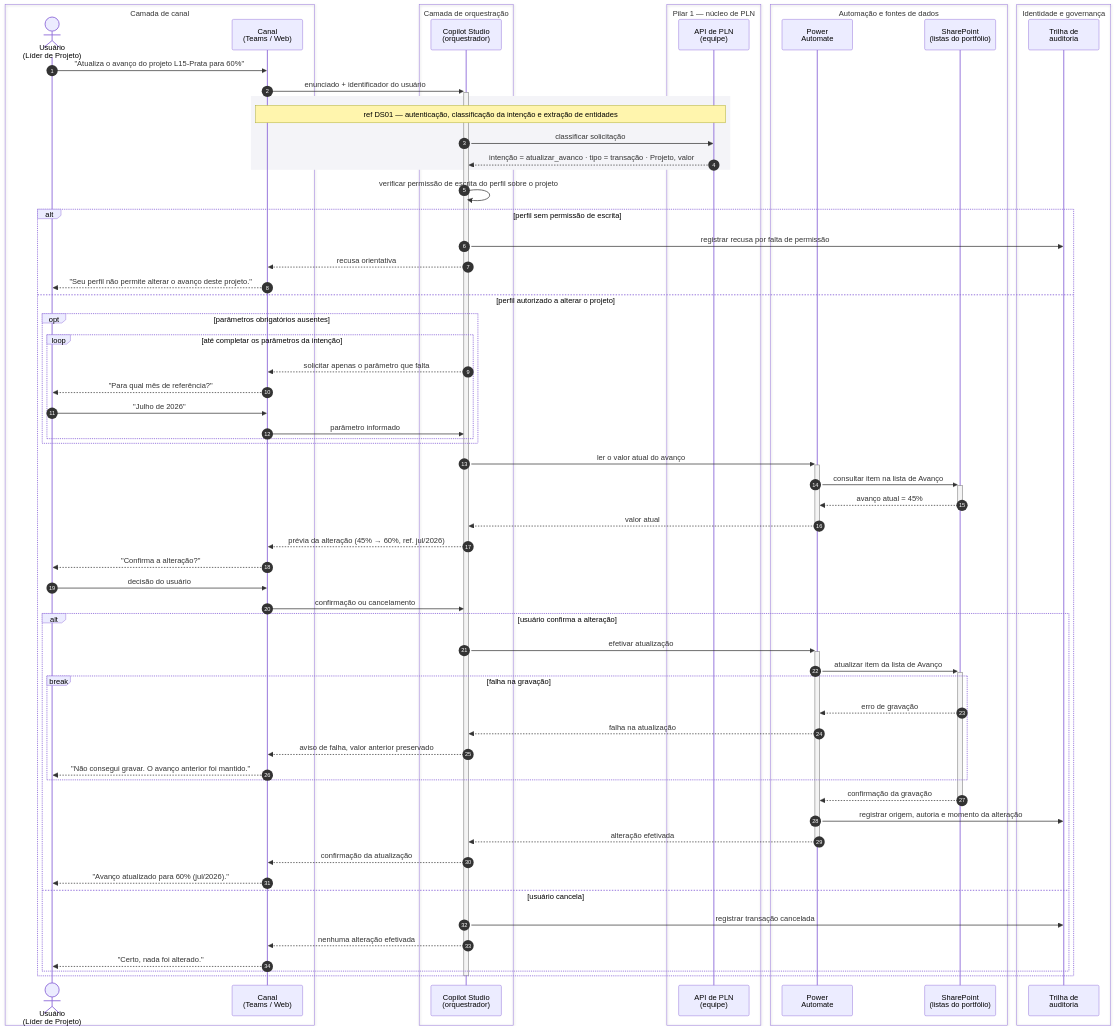
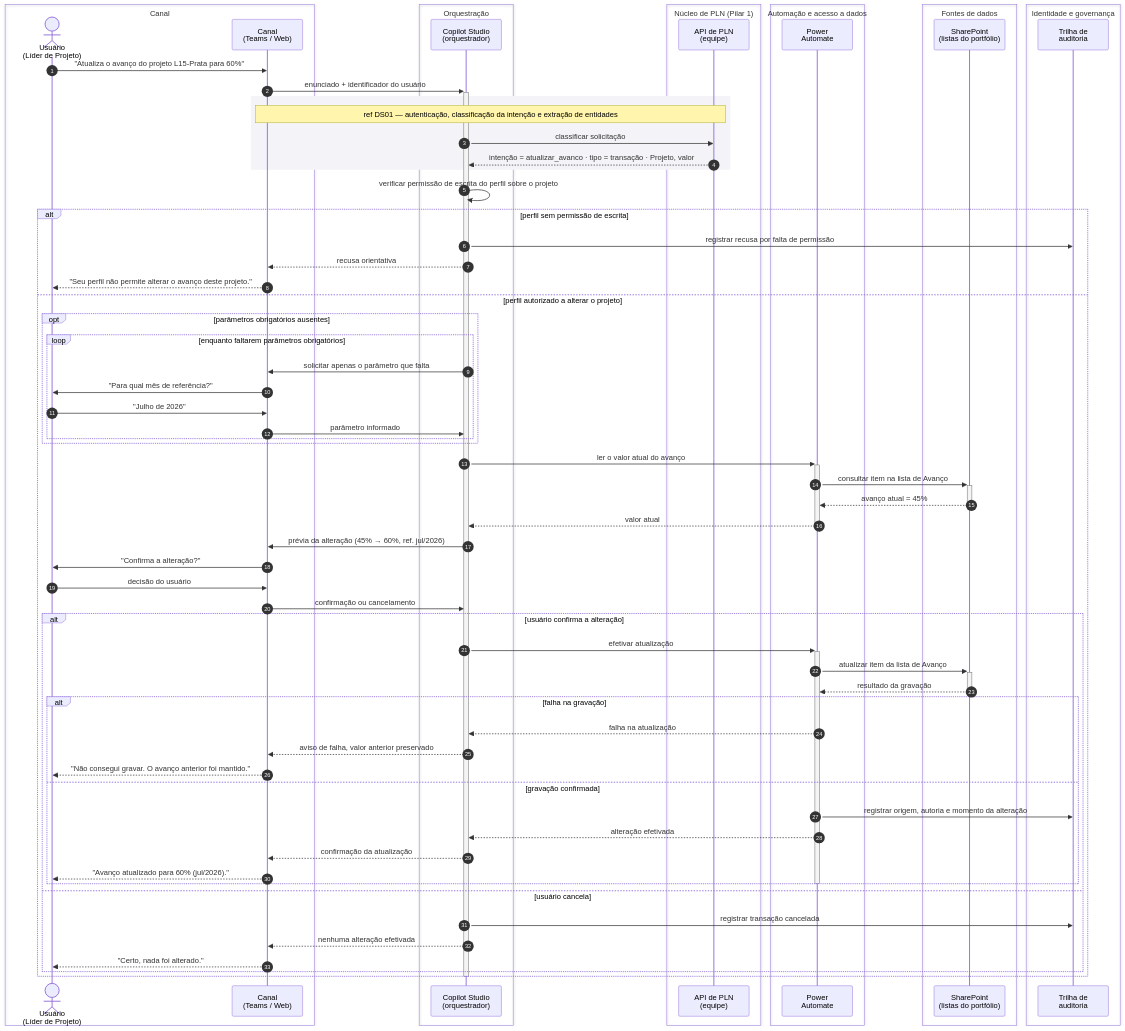
One commit to Kdu07/agente-ia-portfolio-metro changed the fourth of 6 diagrams in documentos/Projeto.md. Above: the diagram before and after it, drawn with Mermaid. The commit also changed other lines of this file, not shown here.

Commit message:
docs: revisar diagramas de sequência e alinhar às demais vistas (#24)

````diff
--- a/documentos/Projeto.md
+++ b/documentos/Projeto.md
@@ -1869,78 +1892,81 @@
 ```mermaid
 sequenceDiagram
     autonumber
-    box transparent Camada de canal
+    box transparent Canal
         actor U as Usuário<br/>(Líder de Projeto)
         participant CH as Canal<br/>(Teams / Web)
     end
-    box transparent Camada de orquestração
+    box transparent Orquestração
         participant CS as Copilot Studio<br/>(orquestrador)
     end
-    box transparent Pilar 1 — núcleo de PLN
+    box transparent Núcleo de PLN (Pilar 1)
         participant PLN as API de PLN<br/>(equipe)
     end
-    box transparent Automação e fontes de dados
+    box transparent Automação e acesso a dados
         participant PA as Power<br/>Automate
+    end
+    box transparent Fontes de dados
         participant SP as SharePoint<br/>(listas do portfólio)
     end
     box transparent Identidade e governança
         participant LOG as Trilha de<br/>auditoria
     end
 
     U->>CH: "Atualiza o avanço do projeto L15-Prata para 60%"
     CH->>+CS: enunciado + identificador do usuário
 
     rect rgb(244, 244, 248)
         Note over CH,PLN: ref DS01 — autenticação, classificação da intenção e extração de entidades
         CS->>PLN: classificar solicitação
         PLN-->>CS: intenção = atualizar_avanco · tipo = transação · Projeto, valor
     end
 
     CS->>CS: verificar permissão de escrita do perfil sobre o projeto
 
     alt perfil sem permissão de escrita
         CS->>LOG: registrar recusa por falta de permissão
         CS-->>CH: recusa orientativa
         CH-->>U: "Seu perfil não permite alterar o avanço deste projeto."
     else perfil autorizado a alterar o projeto
         opt parâmetros obrigatórios ausentes
-            loop até completar os parâmetros da intenção
-                CS-->>CH: solicitar apenas o parâmetro que falta
-                CH-->>U: "Para qual mês de referência?"
+            loop enquanto faltarem parâmetros obrigatórios
+                CS->>CH: solicitar apenas o parâmetro que falta
+                CH->>U: "Para qual mês de referência?"
                 U->>CH: "Julho de 2026"
                 CH->>CS: parâmetro informado
             end
         end
 
         CS->>+PA: ler o valor atual do avanço
         PA->>+SP: consultar item na lista de Avanço
         SP-->>-PA: avanço atual = 45%
         PA-->>-CS: valor atual
 
-        CS-->>CH: prévia da alteração (45% → 60%, ref. jul/2026)
-        CH-->>U: "Confirma a alteração?"
+        CS->>CH: prévia da alteração (45% → 60%, ref. jul/2026)
+        CH->>U: "Confirma a alteração?"
         U->>CH: decisão do usuário
         CH->>CS: confirmação ou cancelamento
 
         alt usuário confirma a alteração
             CS->>+PA: efetivar atualização
             PA->>+SP: atualizar item da lista de Avanço
-            break falha na gravação
-                SP-->>PA: erro de gravação
+            SP-->>-PA: resultado da gravação
+            alt falha na gravação
                 PA-->>CS: falha na atualização
                 CS-->>CH: aviso de falha, valor anterior preservado
                 CH-->>U: "Não consegui gravar. O avanço anterior foi mantido."
+            else gravação confirmada
+                PA->>LOG: registrar origem, autoria e momento da alteração
+                PA-->>CS: alteração efetivada
+                CS-->>CH: confirmação da atualização
+                CH-->>U: "Avanço atualizado para 60% (jul/2026)."
             end
-            SP-->>-PA: confirmação da gravação
-            PA->>LOG: registrar origem, autoria e momento da alteração
-            PA-->>-CS: alteração efetivada
-            CS-->>CH: confirmação da atualização
-            CH-->>U: "Avanço atualizado para 60% (jul/2026)."
+            deactivate PA
         else usuário cancela
             CS->>LOG: registrar transação cancelada
             CS-->>CH: nenhuma alteração efetivada
             CH-->>U: "Certo, nada foi alterado."
         end
     end
     deactivate CS
 ```
````
